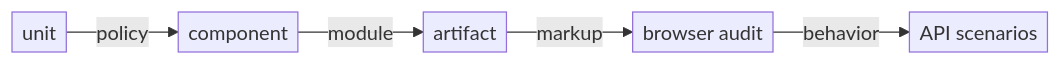
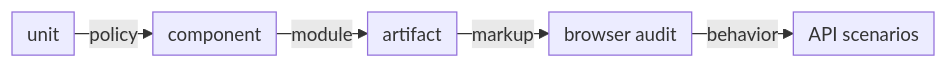
One commit to crististefanita/atf_j0 changed diagram 11 of 11 in docs/ATF_Architecture.md. Above: the diagram before and after it, drawn with Mermaid. The commit also changed other lines of this file and 97 other files, not shown here.

````diff
--- a/docs/ATF_Architecture.md
+++ b/docs/ATF_Architecture.md
@@ -738,8 +827,8 @@
 ```mermaid
-%%{init: {"themeVariables": {"fontSize": "16px"}, "themeCSS": ".edgeLabel p { font-size: 13px; line-height: 1.1; margin: 0; padding: 0 2px; }", "flowchart": {"nodeSpacing": 16, "rankSpacing": 48, "padding": 4}}}%%
+%%{init: {"themeVariables":{"fontSize":"15px"},"themeCSS":".nodeLabel, .nodeLabel p { font-size: 15px !important; line-height: 1.35 !important; } .edgeLabel, .edgeLabel p { font-size: 12px !important; font-weight: 400 !important; line-height: 1.2 !important; } .edgeLabel .labelBkg, .edgeLabel p { background: transparent !important; } .edgeLabel foreignObject { transform: translateY(-18px); overflow: visible; } .node rect { rx: 6px; ry: 6px; }","flowchart":{"curve":"linear","nodeSpacing":24,"rankSpacing":24,"padding":6,"diagramPadding":20}}}%%
 flowchart LR
     Unit["unit"] -->|policy| Component["component"]
     Component -->|module| Artifact["artifact"]
     Artifact -->|markup| MCP["browser audit"]
     MCP -->|behavior| Live["API scenarios"]
 ```
````
